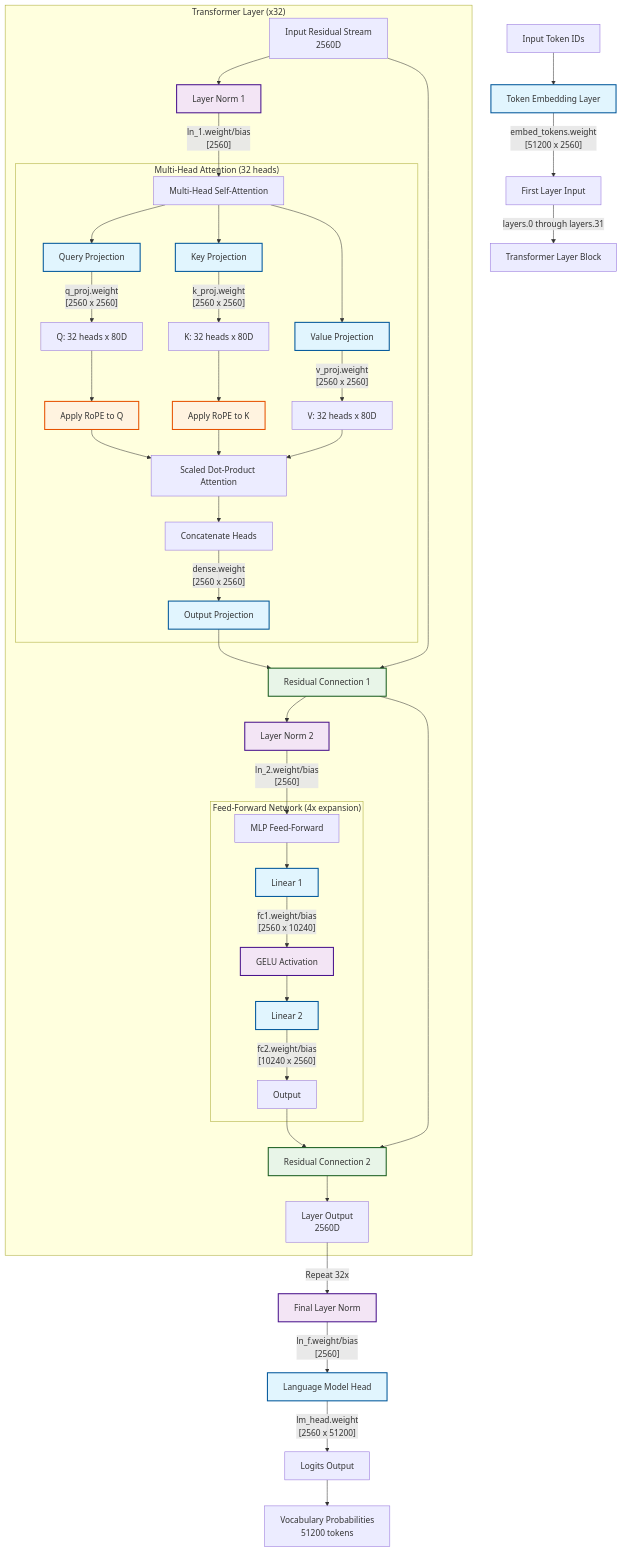
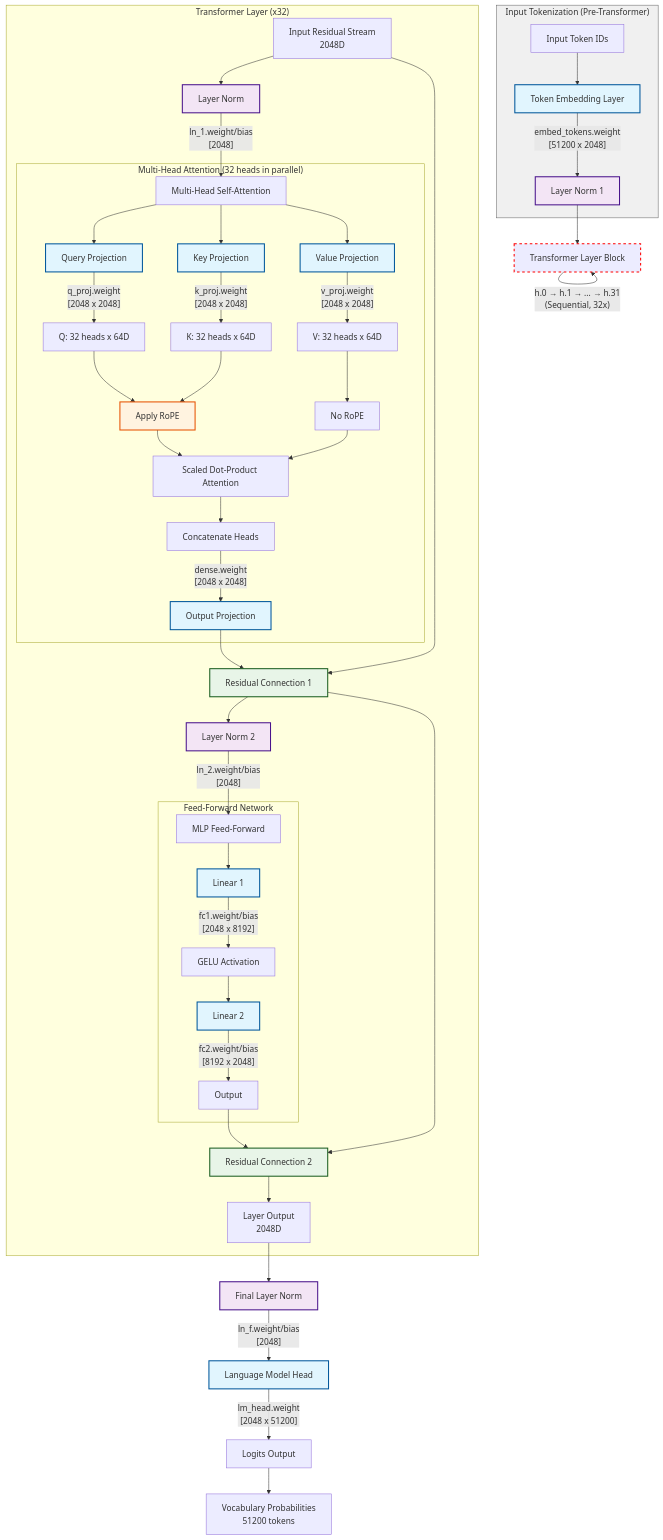
Before and after one commit to yeager620/mechanistic: the diagram in README.md, drawn with Mermaid. The commit also changed other lines of this file, not shown here.

````diff
--- a/README.md
+++ b/README.md
@@ -306,67 +58,75 @@
 ```mermaid
 graph TD
-    %% Input Processing
-    A[Input Token IDs] --> B[Token Embedding Layer]
-    B --> |"embed_tokens.weight<br/>[51200 x 2560]"| D[First Layer Input]
+    %% Input Processing (Smaller Figure on Right)
+    subgraph InputSection ["Input Tokenization (Pre-Transformer)"]
+        A[Input Token IDs] --> B[Token Embedding Layer]
+        B --> |"embed_tokens.weight<br/>[51200 x 2048]"| C[Layer Norm 1]
+    end
+
+    %% Transformer Layers (32 layers, sequential)
+    C --> D[Transformer Layer Block]
     
-    %% Transformer Layers (32 layers total)
-    D --> |"layers.0 through layers.31"| E[Transformer Layer Block]
-    
+    %% Sequential Loop Annotation
+    D --> |"h.0 → h.1 → ... → h.31<br/>(Sequential, 32x)"| D
+    style D stroke:#ff0000,stroke-width:2px,stroke-dasharray:5 5
+
     %% Detailed Transformer Layer
     subgraph TransformerLayer ["Transformer Layer (x32)"]
-        E1[Input Residual Stream<br/>2560D] 
-        E1 --> E2[Layer Norm 1]
-        E2 --> |"ln_1.weight/bias<br/>[2560]"| E3[Multi-Head Self-Attention]
+        D1[Input Residual Stream<br/>2048D] 
+        D1 --> D2[Layer Norm]
+        D2 --> |"ln_1.weight/bias<br/>[2048]"| D3[Multi-Head Self-Attention]
         
-        %% Attention Detail
-        subgraph Attention ["Multi-Head Attention (32 heads)"]
-            E3 --> E4[Query Projection]
-            E3 --> E5[Key Projection] 
-            E3 --> E6[Value Projection]
-            E4 --> |"q_proj.weight<br/>[2560 x 2560]"| E7[Q: 32 heads x 80D]
-            E5 --> |"k_proj.weight<br/>[2560 x 2560]"| E8[K: 32 heads x 80D]
-            E6 --> |"v_proj.weight<br/>[2560 x 2560]"| E9[V: 32 heads x 80D]
-            E7 --> E7a[Apply RoPE to Q]
-            E8 --> E8a[Apply RoPE to K]
-            E7a --> E10[Scaled Dot-Product Attention]
-            E8a --> E10
-            E9 --> E10
-            E10 --> E11[Concatenate Heads]
-            E11 --> |"dense.weight<br/>[2560 x 2560]"| E12[Output Projection]
+        %% Attention Detail (32 heads in parallel)
+        subgraph Attention ["Multi-Head Attention (32 heads in parallel)"]
+            D3 --> D4[Query Projection]
+            D3 --> D5[Key Projection] 
+            D3 --> D6[Value Projection]
+            D4 --> |"q_proj.weight<br/>[2048 x 2048]"| D7[Q: 32 heads x 64D]
+            D5 --> |"k_proj.weight<br/>[2048 x 2048]"| D8[K: 32 heads x 64D]
+            D6 --> |"v_proj.weight<br/>[2048 x 2048]"| D9[V: 32 heads x 64D]
+            D7 --> D10[Apply RoPE]
+            D8 --> D10[Apply RoPE]
+            D9 --> D11[No RoPE]
+            D10 --> D12[Scaled Dot-Product Attention]
+            D11 --> D12
+            D12 --> D13[Concatenate Heads]
+            D13 --> |"dense.weight<br/>[2048 x 2048]"| D14[Output Projection]
         end
         
-        E12 --> E13[Residual Connection 1]
-        E1 --> E13
-        E13 --> E14[Layer Norm 2] 
-        E14 --> |"ln_2.weight/bias<br/>[2560]"| E15[MLP Feed-Forward]
+        D14 --> D15[Residual Connection 1]
+        D1 --> D15
+        D15 --> D16[Layer Norm 2] 
+        D16 --> |"ln_2.weight/bias<br/>[2048]"| D17[MLP Feed-Forward]
         
         %% MLP Detail  
-        subgraph MLP ["Feed-Forward Network (4x expansion)"]
-            E15 --> E16[Linear 1]
-            E16 --> |"fc1.weight/bias<br/>[2560 x 10240]"| E17[GELU Activation]
-            E17 --> E18[Linear 2]
-            E18 --> |"fc2.weight/bias<br/>[10240 x 2560]"| E19[Output]
+        subgraph MLP ["Feed-Forward Network"]
+            D17 --> D18[Linear 1]
+            D18 --> |"fc1.weight/bias<br/>[2048 x 8192]"| D19[GELU Activation]
+            D19 --> D20[Linear 2]
+            D20 --> |"fc2.weight/bias<br/>[8192 x 2048]"| D21[Output]
         end
         
-        E19 --> E20[Residual Connection 2]
-        E13 --> E20
-        E20 --> E21[Layer Output<br/>2560D]
+        D21 --> D22[Residual Connection 2]
+        D15 --> D22
+        D22 --> D23[Layer Output<br/>2048D]
     end
     
     %% Output Processing
-    E21 --> |"Repeat 32x"| F[Final Layer Norm]
-    F --> |"ln_f.weight/bias<br/>[2560]"| G[Language Model Head]
-    G --> |"lm_head.weight<br/>[2560 x 51200]"| H[Logits Output]
-    H --> I[Vocabulary Probabilities<br/>51200 tokens]
+    D23 --> E[Final Layer Norm]
+    E --> |"ln_f.weight/bias<br/>[2048]"| F[Language Model Head]
+    F --> |"lm_head.weight<br/>[2048 x 51200]"| G[Logits Output]
+    G --> H[Vocabulary Probabilities<br/>51200 tokens]
     
     %% Styling
     classDef weightMatrix fill:#e1f5fe,stroke:#01579b,stroke-width:2px
     classDef activation fill:#f3e5f5,stroke:#4a148c,stroke-width:2px
     classDef residual fill:#e8f5e8,stroke:#1b5e20,stroke-width:2px
     classDef rope fill:#fff3e0,stroke:#e65100,stroke-width:2px
+    classDef inputSection fill:#f0f0f0,stroke:#666,stroke-width:1px
     
-    class B,E4,E5,E6,E12,E16,E18,G weightMatrix
-    class E2,E14,F,E17 activation
-    class E13,E20 residual
-    class E7a,E8a rope
+    class B,D4,D5,D6,D14,D18,D20,F weightMatrix
+    class C,D2,D16,E activation
+    class D15,D22 residual
+    class D10 rope
+    class InputSection inputSection
 ```
````
